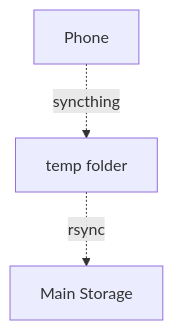
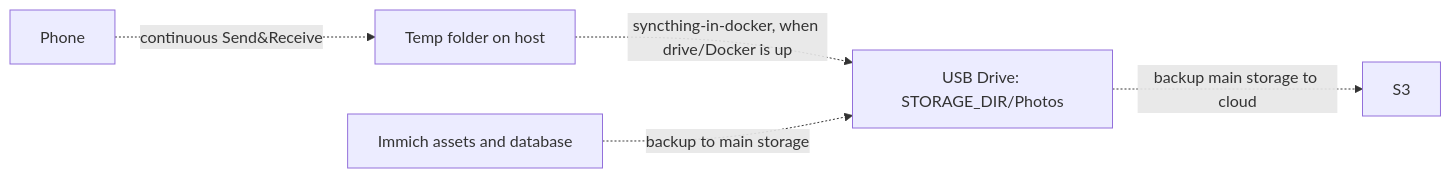
The diagram in README.md (funduck/photos), drawn with Mermaid before and after one commit. The commit also changed other lines of this file and 8 other files, not shown here.

Commit message:
removed rsync, added one more syncthing upd README

````diff
--- a/README.md
+++ b/README.md
@@ -8,5 +29,7 @@
 ```mermaid
-flowchart TB
-    P[Phone] -. syncthing .-> T[temp folder]
-    T -. rsync .-> S[Main Storage]
+flowchart LR
+    P[Phone] -. continuous Send&Receive .-> T[Temp folder on host]
+    T -. syncthing-in-docker, when drive/Docker is up .-> S[USB Drive: STORAGE_DIR/Photos]
+    S -. backup main storage to cloud .-> B[S3]
+    I[Immich assets and database] -. backup to main storage .-> S
 ```
````
